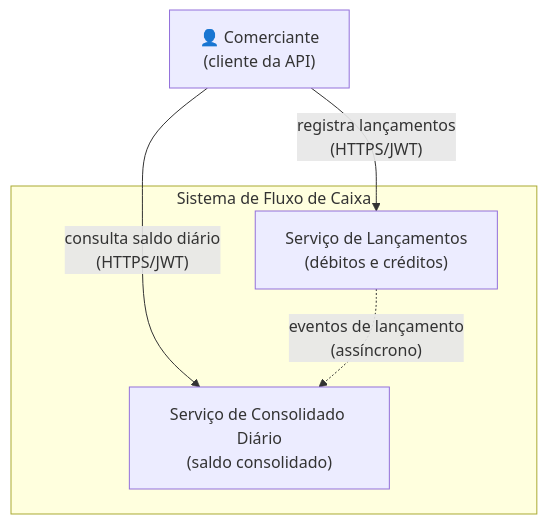
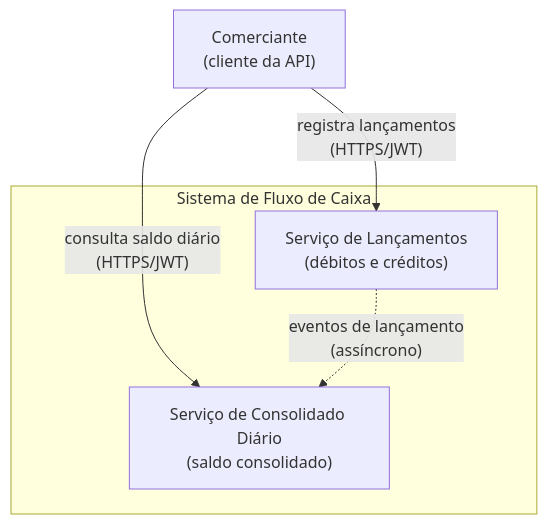
One commit to codingwithrenato/desafio-arquiteto-fluxo-de-caixa changed the first of 6 diagrams in docs/architecture.md. Above: the diagram before and after it, drawn with Mermaid. The commit also changed other lines of this file, not shown here.

First line of the commit message:
docs(architecture): corrige render dos diagramas Mermaid

````diff
--- a/docs/architecture.md
+++ b/docs/architecture.md
@@ -19,13 +19,13 @@
 ```mermaid
 flowchart TB
-    comerciante["👤 Comerciante<br/>(cliente da API)"]
+    comerciante["Comerciante<br/>(cliente da API)"]
 
     subgraph sistema["Sistema de Fluxo de Caixa"]
         lanc["Serviço de Lançamentos<br/>(débitos e créditos)"]
         cons["Serviço de Consolidado Diário<br/>(saldo consolidado)"]
     end
 
     comerciante -->|"registra lançamentos<br/>(HTTPS/JWT)"| lanc
     comerciante -->|"consulta saldo diário<br/>(HTTPS/JWT)"| cons
     lanc -.->|"eventos de lançamento<br/>(assíncrono)"| cons
 ```
````
